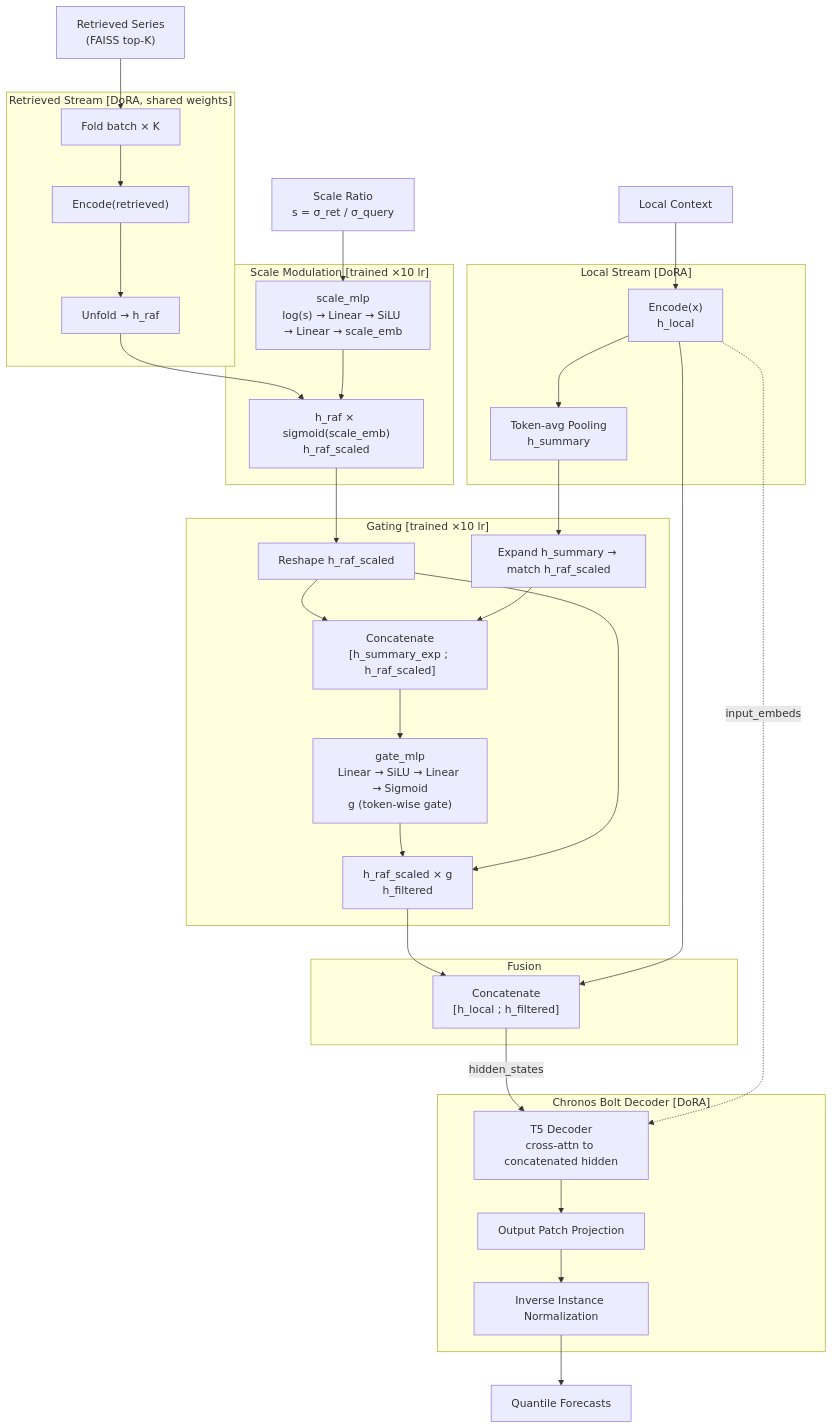
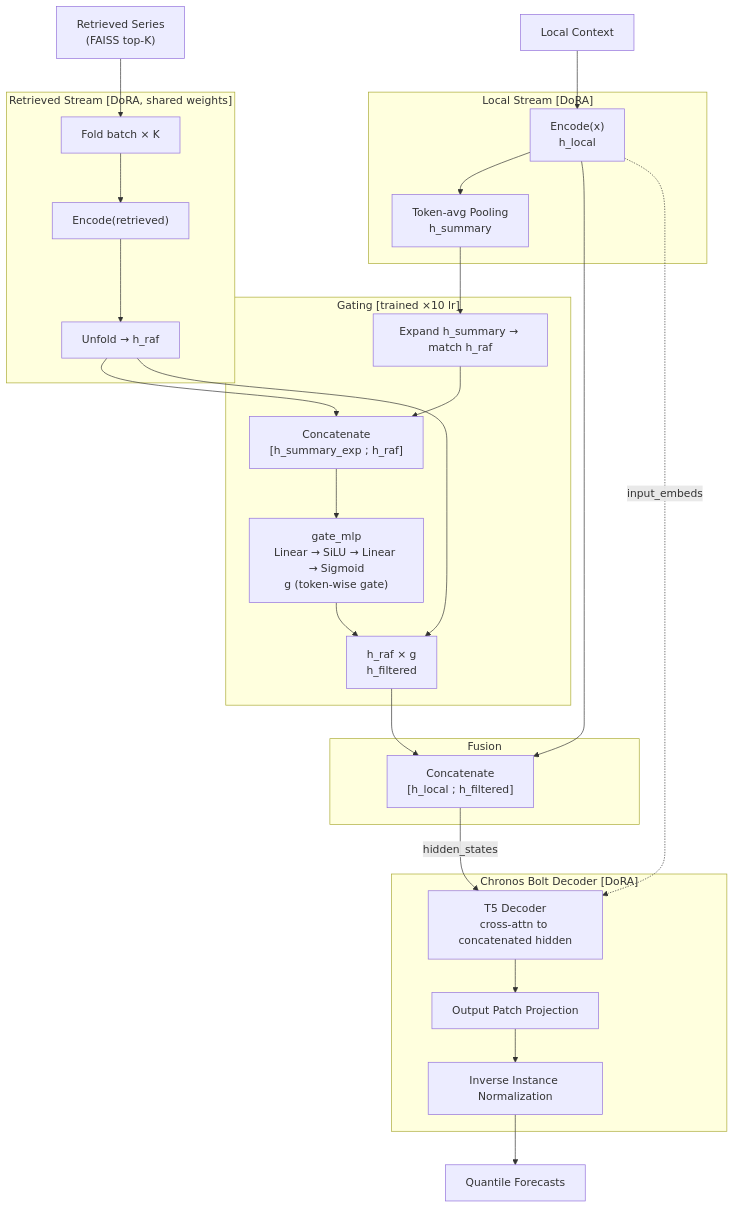
One commit to dmainf/JIMA_datacomp2025 changed the diagram in chronos_predict+GateRAF/architecture.mmd. Above: the diagram before and after it, drawn with Mermaid. The commit also changed 168 other files, not shown here.

```diff
--- a/chronos_predict+GateRAF/architecture.mmd
+++ b/chronos_predict+GateRAF/architecture.mmd
@@ -1,50 +1,42 @@
 flowchart TB
     ctx["Local Context"]
     ret["Retrieved Series\n(FAISS top-K)"]
-    sratio["Scale Ratio\ns = σ_ret / σ_query"]
 
     subgraph LENC["Local Stream  [DoRA]"]
         enc_l["Encode(x)\nh_local"]
         summary["Token-avg Pooling\nh_summary"]
     end
 
     subgraph RENC["Retrieved Stream  [DoRA, shared weights]"]
         fold["Fold batch × K"]
         enc_r["Encode(retrieved)"]
         unfold["Unfold → h_raf"]
     end
 
-    subgraph SCALE["Scale Modulation  [trained ×10 lr]"]
-        smlp["scale_mlp\nlog(s) → Linear → SiLU → Linear → scale_emb"]
-        smul["h_raf × sigmoid(scale_emb)\nh_raf_scaled"]
-    end
-
     subgraph GATE["Gating  [trained ×10 lr]"]
-        reshape["Reshape h_raf_scaled"]
-        expand["Expand h_summary → match h_raf_scaled"]
-        gcat["Concatenate\n[h_summary_exp ; h_raf_scaled]"]
+        expand["Expand h_summary → match h_raf"]
+        gcat["Concatenate\n[h_summary_exp ; h_raf]"]
         gmlp["gate_mlp\nLinear → SiLU → Linear → Sigmoid\ng (token-wise gate)"]
-        gmul["h_raf_scaled × g\nh_filtered"]
+        gmul["h_raf × g\nh_filtered"]
     end
 
     subgraph FUSE["Fusion"]
         concat["Concatenate\n[h_local ; h_filtered]"]
     end
 
     subgraph DEC["Chronos Bolt Decoder  [DoRA]"]
         t5dec["T5 Decoder\ncross-attn to concatenated hidden"]
         outproj["Output Patch Projection"]
         invnorm["Inverse Instance Normalization"]
     end
 
     ctx --> enc_l --> summary --> expand
-    ret --> fold --> enc_r --> unfold --> smul
-    sratio --> smlp --> smul
-    smul --> reshape --> gcat
+    ret --> fold --> enc_r --> unfold
+    unfold --> gcat
     expand --> gcat --> gmlp --> gmul
-    reshape --> gmul
+    unfold --> gmul
     gmul --> concat
     enc_l --> concat
     concat -- "hidden_states" --> t5dec
     enc_l -. "input_embeds" .-> t5dec
     t5dec --> outproj --> invnorm --> out["Quantile Forecasts"]
```
